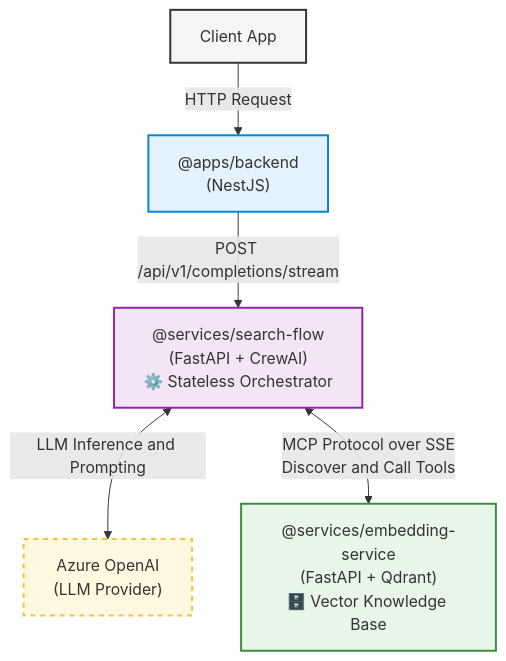
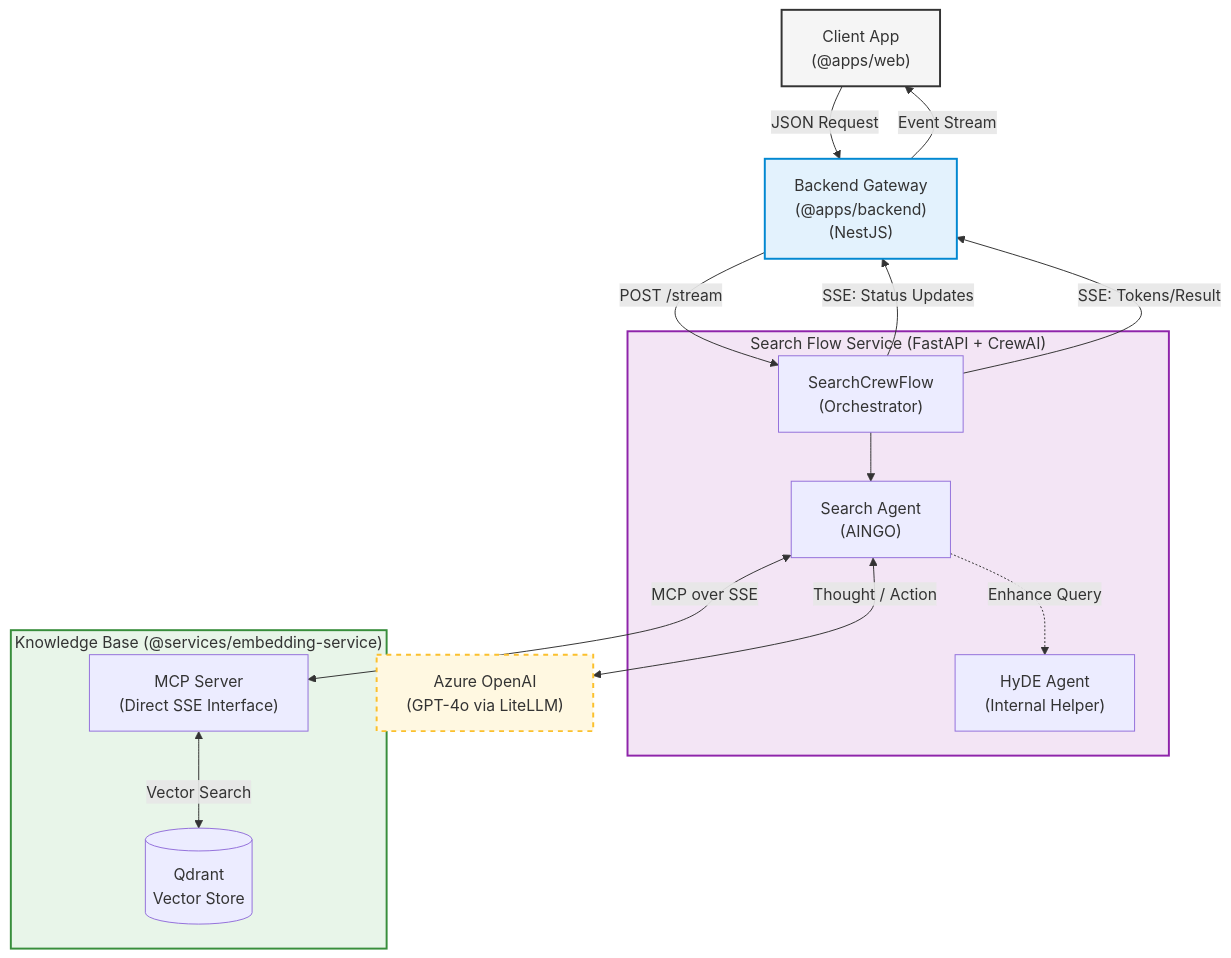
The diagram in services/search-flow/docs/diagrams/system_architecture.md (Taihenc/project-aiq), drawn with Mermaid before and after one commit. The commit also changed other lines of this file and 4 other files, not shown here.

Commit message:
docs: [AIQ-231] rearchitect the search-flow service with dynamic mode selection, dedicated HyDE and Search agents, and updated data models, reflected in documentation.

````diff
--- a/services/search-flow/docs/diagrams/system_architecture.md
+++ b/services/search-flow/docs/diagrams/system_architecture.md
@@ -5,28 +5,45 @@
 ```mermaid
 flowchart TD
     %% Define Components
-    Client["Client App"]
-    Backend["@apps/backend\n(NestJS)"]
-    SearchFlow["@services/search-flow\n(FastAPI + CrewAI)\n⚙️ Stateless Orchestrator"]
-    Embedding["@services/embedding-service\n(FastAPI + Qdrant)\n🗄️ Vector Knowledge Base"]
-    LLM["Azure OpenAI\n(LLM Provider)"]
+    Client["Client App\n(@apps/web)"]:::client
+    Backend["Backend Gateway\n(@apps/backend)\n(NestJS)"]:::backend
+    
+    subgraph SearchFlowEngine ["Search Flow Service (FastAPI + CrewAI)"]
+        Flow["SearchCrewFlow\n(Orchestrator)"]
+        Agent["Search Agent\n(AINGO)"]
+        HyDE["HyDE Agent\n(Internal Helper)"]
+    end
+    
+    subgraph KnowledgeBase ["Knowledge Base (@services/embedding-service)"]
+        Tools["MCP Server\n(Direct SSE Interface)"]
+        VectorDB[("Qdrant\nVector Store")]
+    end
+    
+    LLM["Azure OpenAI\n(GPT-4o via LiteLLM)"]:::external
 
     %% Define Relationships
-    Client -->|HTTP Request| Backend
-    Backend -->|POST /api/v1/completions/stream| SearchFlow
-    SearchFlow <-->|LLM Inference and Prompting| LLM
-    SearchFlow <-->|MCP Protocol over SSE<br/>Discover and Call Tools| Embedding
+    Client -->|"JSON Request"| Backend
+    Backend -->|"POST /stream"| Flow
+    
+    Flow --> Agent
+    Agent -.->|"Enhance Query"| HyDE
+    Agent <-->|"Thought / Action"| LLM
+    
+    Agent <-->|"MCP over SSE"| Tools
+    Tools <-->|"Vector Search"| VectorDB
+    
+    Flow -- "SSE: Status Updates" --> Backend
+    Flow -- "SSE: Tokens/Result" --> Backend
+    Backend -- "Event Stream" --> Client
     
     %% Styling
     classDef client fill:#f5f5f5,stroke:#333,stroke-width:2px;
     classDef backend fill:#e3f2fd,stroke:#0288d1,stroke-width:2px;
     classDef search fill:#f3e5f5,stroke:#8e24aa,stroke-width:2px;
     classDef embed fill:#e8f5e9,stroke:#388e3c,stroke-width:2px;
     classDef external fill:#fff8e1,stroke:#fbc02d,stroke-width:2px,stroke-dasharray: 5 5;
 
-    class Client client;
-    class Backend backend;
-    class SearchFlow search;
-    class Embedding embed;
+    class SearchFlowEngine search;
+    class KnowledgeBase embed;
     class LLM external;
 ```
````
